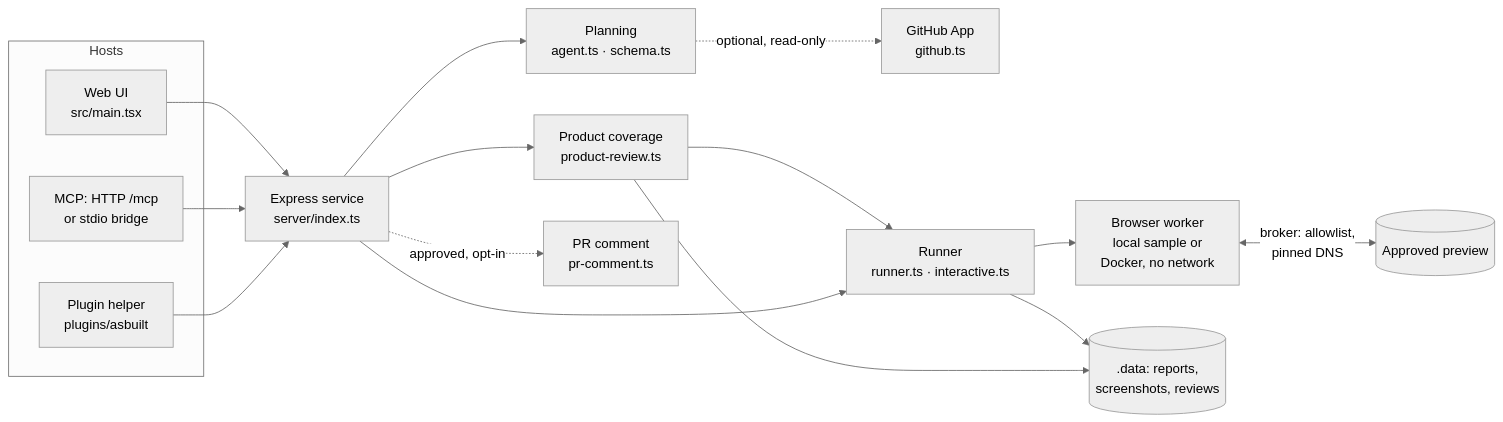
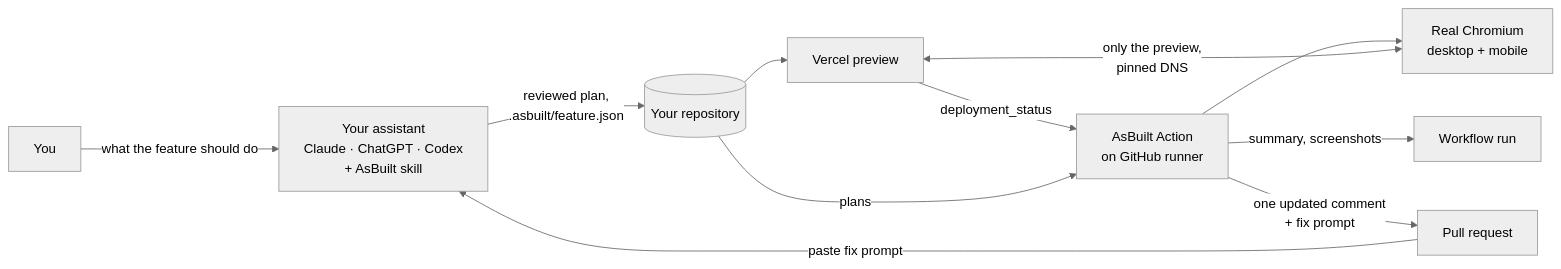
Before and after one commit to mmeek87/AsBuilt: the diagram in ARCHITECTURE.md, drawn with Mermaid (neutral theme). The commit also changed other lines of this file and 4 other files, not shown here.

First line of the commit message:
Docs: readiness report, architecture, security, evals for the GitHub version

````diff
--- a/ARCHITECTURE.md
+++ b/ARCHITECTURE.md
@@ -5,21 +7,13 @@
 ```mermaid
 flowchart LR
-  subgraph Hosts
-    UI[Web UI<br/>src/main.tsx]
-    MCP[MCP: HTTP /mcp<br/>or stdio bridge]
-    Helper[Plugin helper<br/>plugins/asbuilt]
-  end
-  UI --> API[Express service<br/>server/index.ts]
-  MCP --> API
-  Helper --> API
-  API --> Plan[Planning<br/>agent.ts · schema.ts]
-  Plan -. optional, read-only .-> GH[GitHub App<br/>github.ts]
-  API --> Product[Product coverage<br/>product-review.ts]
-  Product --> Runner
-  API --> Runner[Runner<br/>runner.ts · interactive.ts]
-  Runner --> Worker[Browser worker<br/>local sample or<br/>Docker, no network]
-  Worker <-->|broker: allowlist,<br/>pinned DNS| Web[(Approved preview)]
-  Runner --> Store[(.data: reports,<br/>screenshots, reviews)]
-  Product --> Store
-  API -. approved, opt-in .-> PR[PR comment<br/>pr-comment.ts]
+  You[You] -- "what the feature should do" --> Assistant[Your assistant<br/>Claude · ChatGPT · Codex<br/>+ AsBuilt skill]
+  Assistant -- "reviewed plan,<br/>.asbuilt/feature.json" --> Repo[(Your repository)]
+  Repo --> Vercel[Vercel preview]
+  Vercel -- deployment_status --> Action[AsBuilt Action<br/>on GitHub runner]
+  Repo -- plans --> Action
+  Action --> Browser[Real Chromium<br/>desktop + mobile]
+  Browser <-- "only the preview,<br/>pinned DNS" --> Vercel
+  Action -- "summary, screenshots" --> Run[Workflow run]
+  Action -- "one updated comment<br/>+ fix prompt" --> PR[Pull request]
+  PR -- "paste fix prompt" --> Assistant
 ```
````
